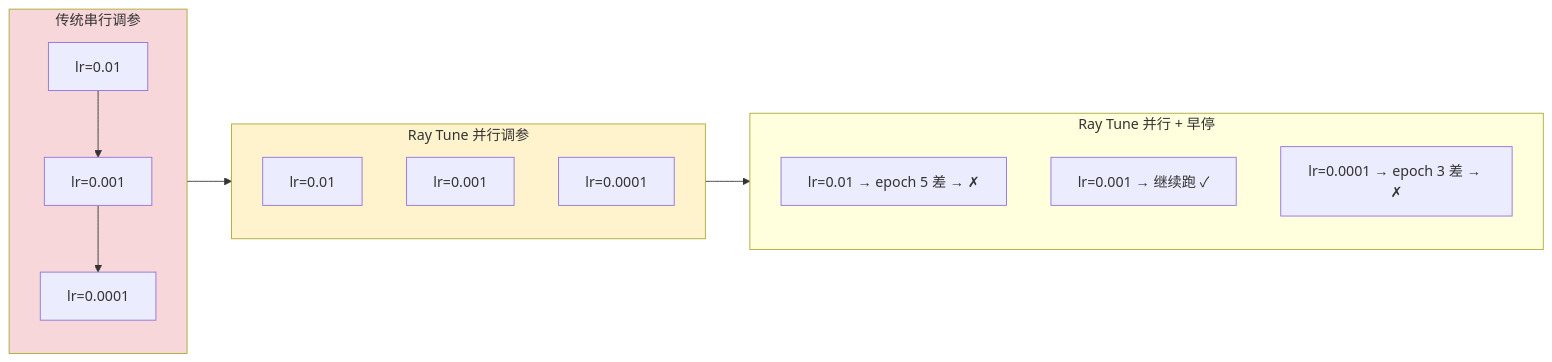
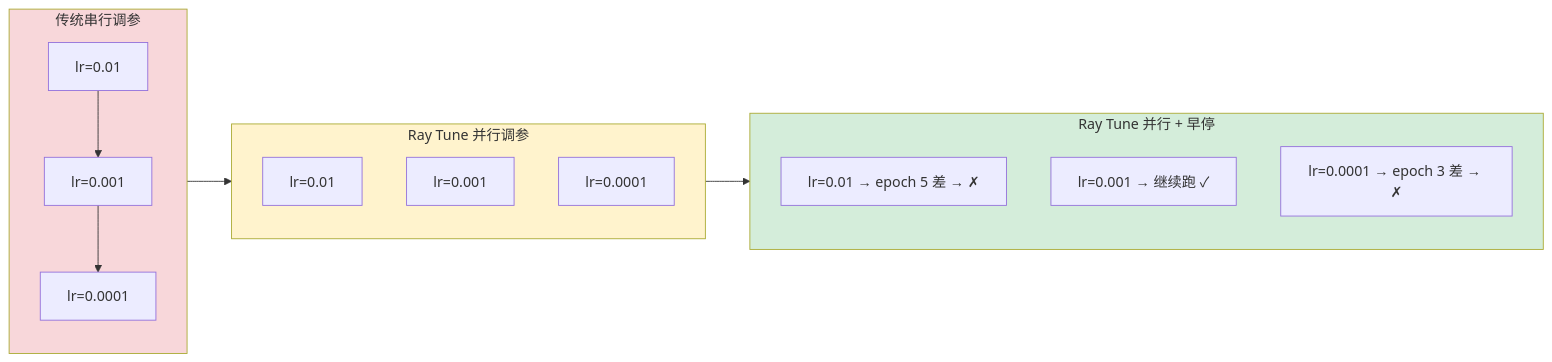
Before and after one commit to keyuanweb/ai-learning-path: the first of 2 diagrams in ray-learning-path/06-训练与调优/02-Ray-Tune超参数优化.md, drawn with Mermaid. The commit also changed 176 other files, not shown here.

First line of the commit message:
docs: 全仓库文档校对修复——错别字/失效链接/Mermaid图/源码引用

````diff
--- a/ray-learning-path/06-训练与调优/02-Ray-Tune超参数优化.md
+++ b/ray-learning-path/06-训练与调优/02-Ray-Tune超参数优化.md
@@ -13,24 +13,24 @@
 ```mermaid
 graph LR
     subgraph Serial["传统串行调参"]
         S1["lr=0.01"] --> S2["lr=0.001"] --> S3["lr=0.0001"]
     end
 
     subgraph Parallel["Ray Tune 并行调参"]
         P1["lr=0.01"]
         P2["lr=0.001"]
         P3["lr=0.0001"]
     end
 
     subgraph EarlyStop["Ray Tune 并行 + 早停"]
         E1["lr=0.01 → epoch 5 差 → ✗"]
         E2["lr=0.001 → 继续跑 ✓"]
         E3["lr=0.0001 → epoch 3 差 → ✗"]
     end
 
     Serial --> Parallel --> EarlyStop
 
     style Serial fill:#f8d7da
     style Parallel fill:#fff3cd
-    style EarlyStop fill:#d4edga
+    style EarlyStop fill:#d4edda
 ```
````
